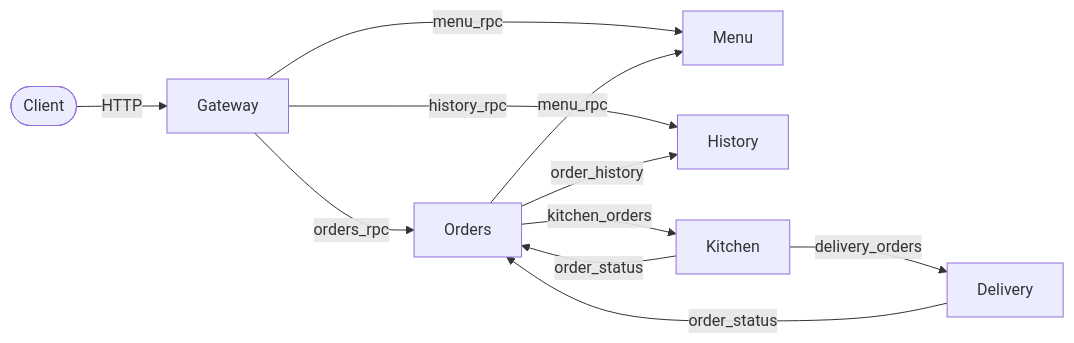
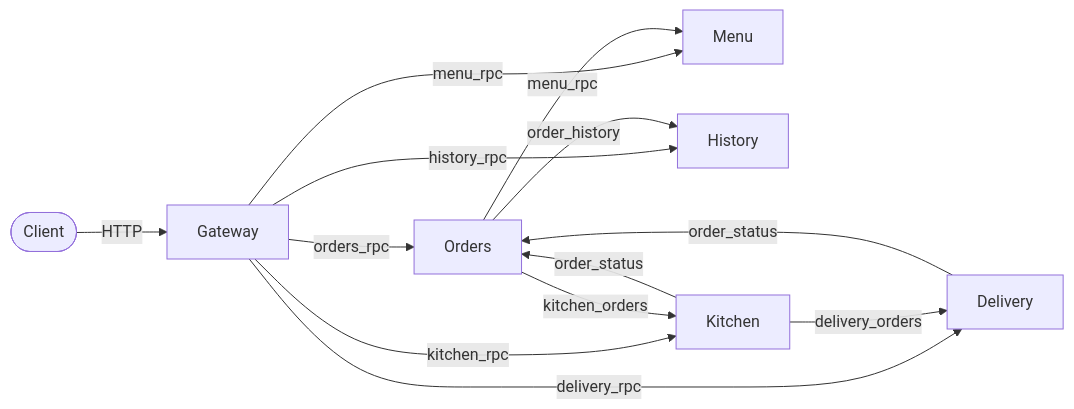
Before and after one commit to VictorNagibator/pizza-delivery: the diagram in README.md, drawn with Mermaid. The commit also changed other lines of this file, not shown here.

Commit message:
Update README architecture diagram with RPC queues

````diff
--- a/README.md
+++ b/README.md
@@ -13,16 +14,18 @@
 ```mermaid
 flowchart LR
     Client([Client]) -->|HTTP| Gateway[Gateway]
 
     Gateway -->|"menu_rpc"| Menu[Menu]
     Gateway -->|"orders_rpc"| Orders[Orders]
     Gateway -->|"history_rpc"| History[History]
+    Gateway -->|"kitchen_rpc"| Kitchen[Kitchen]
+    Gateway -->|"delivery_rpc"| Delivery[Delivery]
 
     Orders -->|"menu_rpc"| Menu
     Orders -->|"kitchen_orders"| Kitchen[Kitchen]
     Orders -->|"order_history"| History
 
     Kitchen -->|"delivery_orders"| Delivery[Delivery]
     Kitchen -->|"order_status"| Orders
     Delivery -->|"order_status"| Orders
 ```
````
